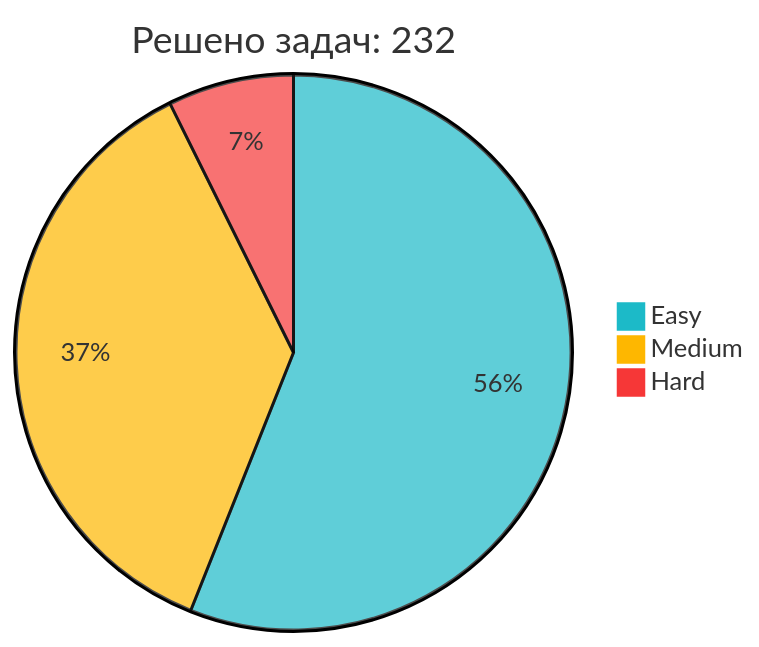
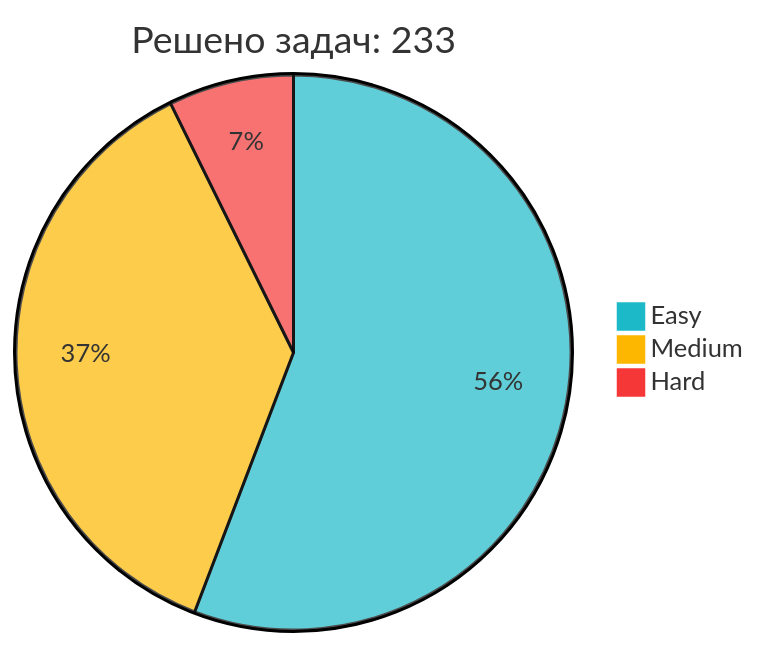
Before and after one commit to IliaKurdukov/IliaKurdukov: the diagram in README.md, drawn with Mermaid. The commit also changed other lines of this file, not shown here.

Commit message:
📈 Обновление статистики LeetCode

````diff
--- a/README.md
+++ b/README.md
@@ -51,7 +51,7 @@
 ```mermaid
 %%{init: {'theme': 'base', 'themeVariables': { 'pie1': '#1CBAC8', 'pie2': '#FEB700', 'pie3': '#F63737' }, 'config': {'width': 300, 'height': 200}}}%%
-pie title Решено задач: 232
+pie title Решено задач: 233
    "Easy" : 130
-   "Medium" : 85
+   "Medium" : 86
    "Hard" : 17
 ```
````
